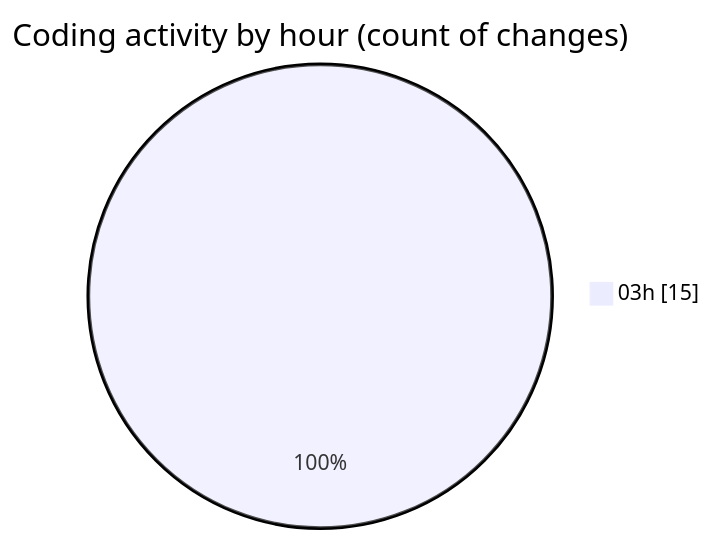
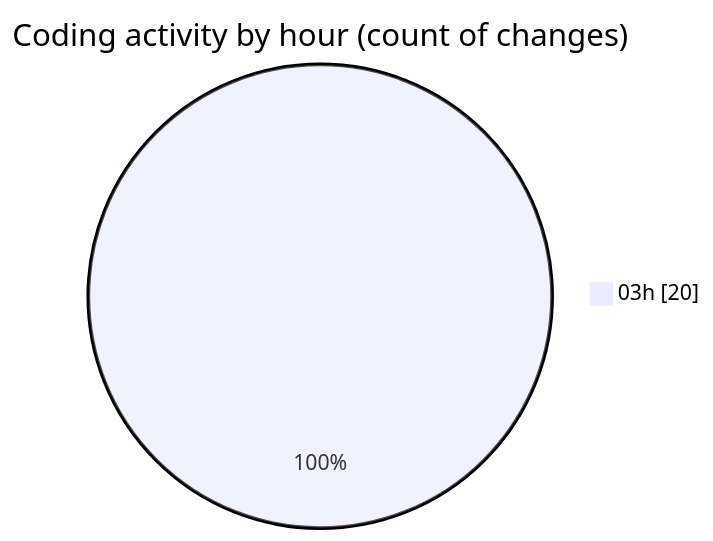
Before and after one commit to lephambinh05/code-tracking: the second of 2 diagrams in 2025-09-07/quytuthien_vn/README.md, drawn with Mermaid. The commit also changed other lines of this file and 1 other file, not shown here.

````diff
--- a/2025-09-07/quytuthien_vn/README.md
+++ b/2025-09-07/quytuthien_vn/README.md
@@ -29,5 +29,5 @@
 ```mermaid
 pie showData
 title Coding activity by hour (count of changes)
-"03h" : 15
+"03h" : 20
 ```
````
